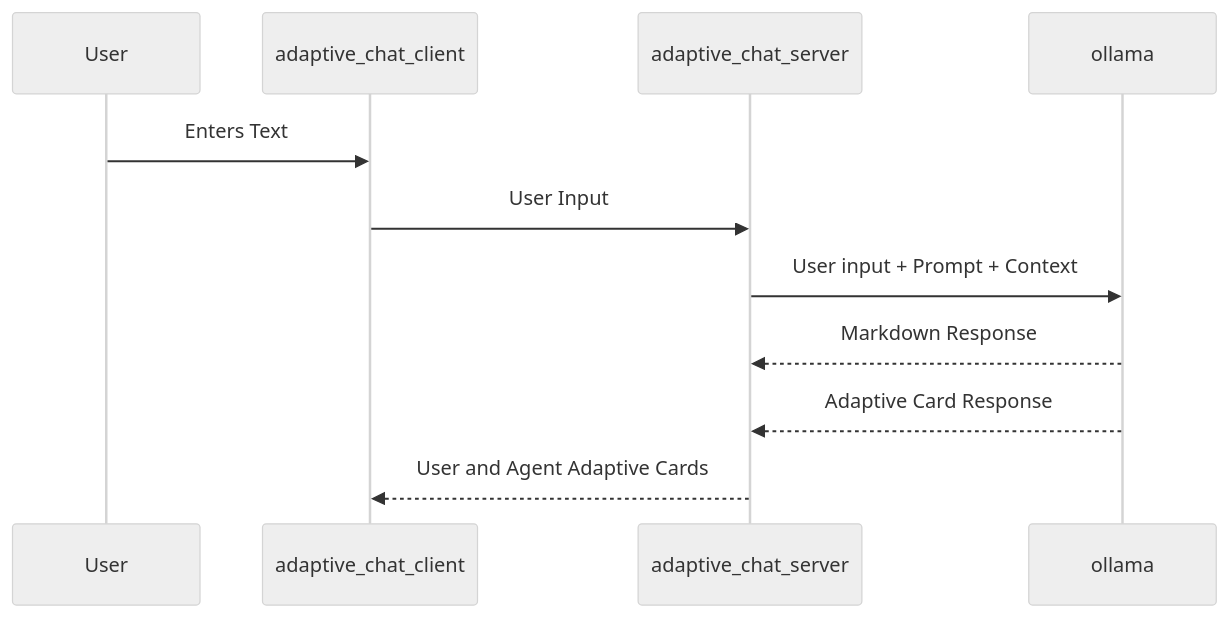
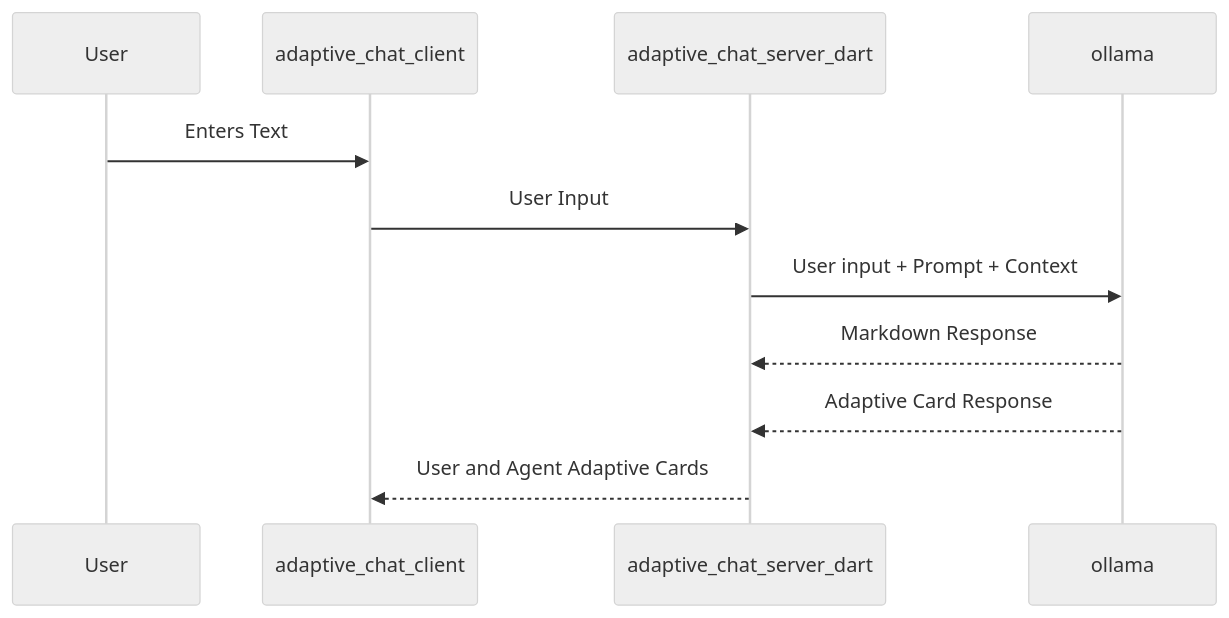
One commit to freemansoft/Flutter-AdaptiveCards changed the diagram in README.md. Above: the diagram before and after it, drawn with Mermaid (neutral theme). The commit also changed other lines of this file and 50 other files, not shown here.

First line of the commit message:
Remove Python adaptive_chat_server, keep only the Dart port

````diff
--- a/README.md
+++ b/README.md
@@ -136,14 +130,14 @@
 ```mermaid
 sequenceDiagram
     participant User
     participant Client as adaptive_chat_client
-    participant Server as adaptive_chat_server
+    participant Server as adaptive_chat_server_dart
     participant Ollama as ollama
 
     User->>Client: Enters Text
     Client->>Server: User Input
     Server->>Ollama: User input + Prompt + Context
     Ollama-->>Server: Markdown Response
     Ollama-->>Server: Adaptive Card Response
     Server-->>Client: User and Agent Adaptive Cards
 ```
````
